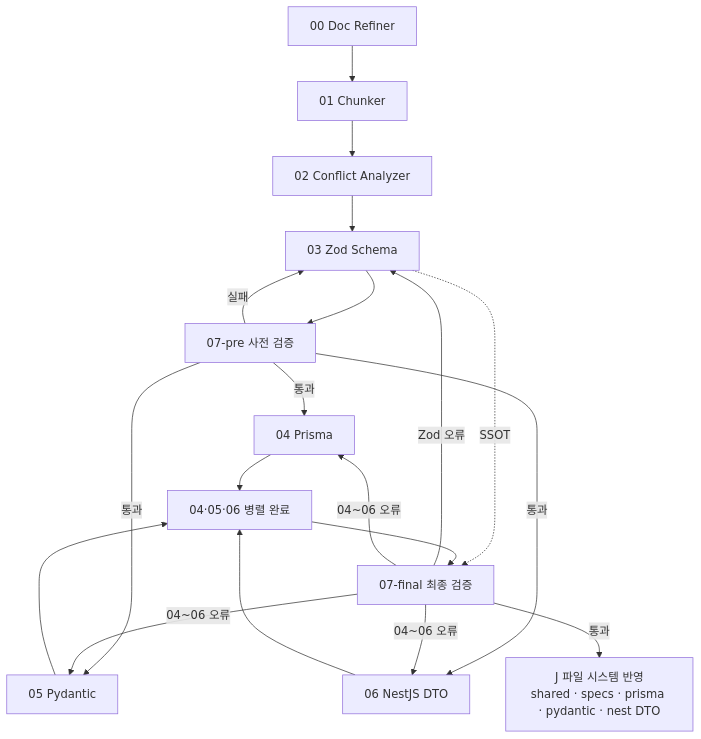
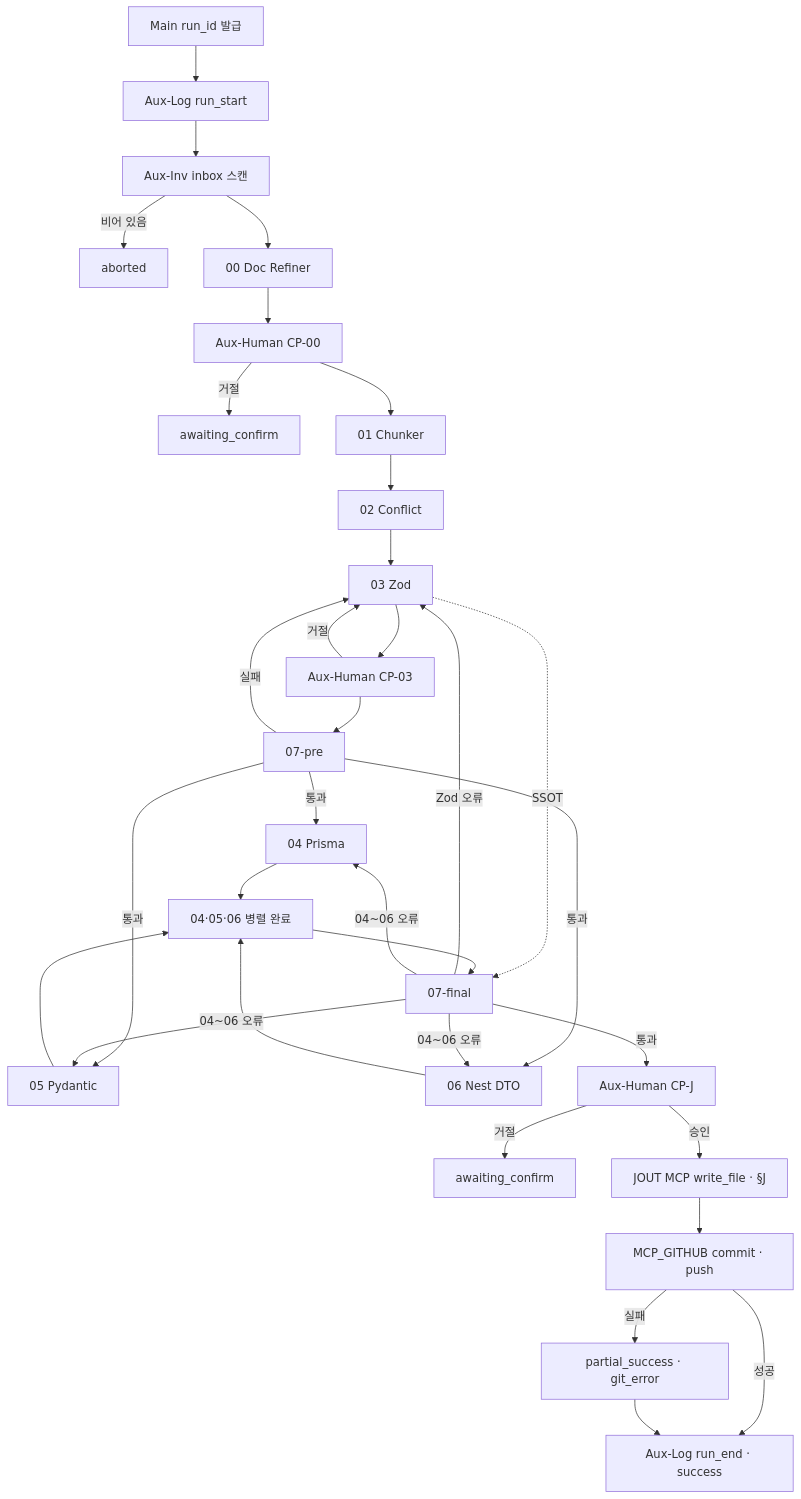
The diagram in NEXA-Platform/docs/Rivet/Desktop Rivet 캔버스(Graph) 설계.md (U2SOUTION/NEXA), drawn with Mermaid before and after one commit. The commit also changed other lines of this file and 1 other file, not shown here.

````diff
--- a/NEXA-Platform/docs/Rivet/Desktop Rivet 캔버스(Graph) 설계.md
+++ b/NEXA-Platform/docs/Rivet/Desktop Rivet 캔버스(Graph) 설계.md
@@ -77,19 +219,33 @@
 ```mermaid
 flowchart TD
-    A["00 Doc Refiner"] --> B["01 Chunker"]
-    B --> C["02 Conflict Analyzer"]
-    C --> D["03 Zod Schema"]
-    D --> E["07-pre 사전 검증"]
+    M["Main run_id 발급"] --> L0["Aux-Log run_start"]
+    L0 --> INV["Aux-Inv inbox 스캔"]
+    INV -->|비어 있음| ABORT["aborted"]
+    INV --> A["00 Doc Refiner"]
+    A --> CP0["Aux-Human CP-00"]
+    CP0 -->|거절| WAIT0["awaiting_confirm"]
+    CP0 --> B["01 Chunker"]
+    B --> C["02 Conflict"]
+    C --> D["03 Zod"]
+    D --> CP3["Aux-Human CP-03"]
+    CP3 -->|거절| D
+    CP3 --> E["07-pre"]
     E -->|실패| D
     E -->|통과| F["04 Prisma"]
     E -->|통과| G["05 Pydantic"]
-    E -->|통과| H["06 NestJS DTO"]
+    E -->|통과| H["06 Nest DTO"]
     F --> Join["04·05·06 병렬 완료"]
     G --> Join
     H --> Join
-    D -.->|SSOT| I["07-final 최종 검증"]
+    D -.->|SSOT| I["07-final"]
     Join --> I
     I -->|Zod 오류| D
     I -->|04~06 오류| F & G & H
-    I -->|통과| J["J 파일 시스템 반영<br/>shared · specs · prisma · pydantic · nest DTO"]
+    I -->|통과| CPJ["Aux-Human CP-J"]
+    CPJ -->|거절| WAITJ["awaiting_confirm"]
+    CPJ -->|승인| JOUT["JOUT MCP write_file · §J"]
+    JOUT --> GH["MCP_GITHUB commit · push"]
+    GH -->|실패| PART["partial_success · git_error"]
+    GH -->|성공| L1["Aux-Log run_end · success"]
+    PART --> L1
 ```
````
